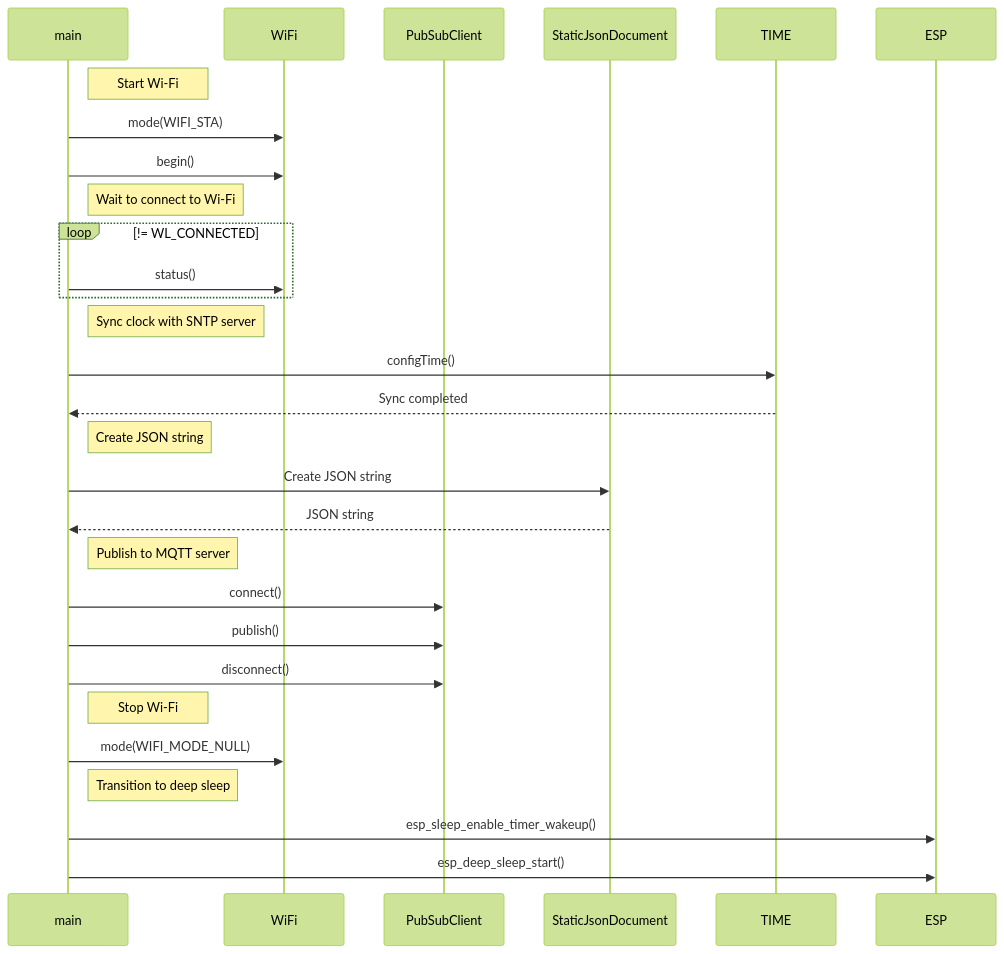
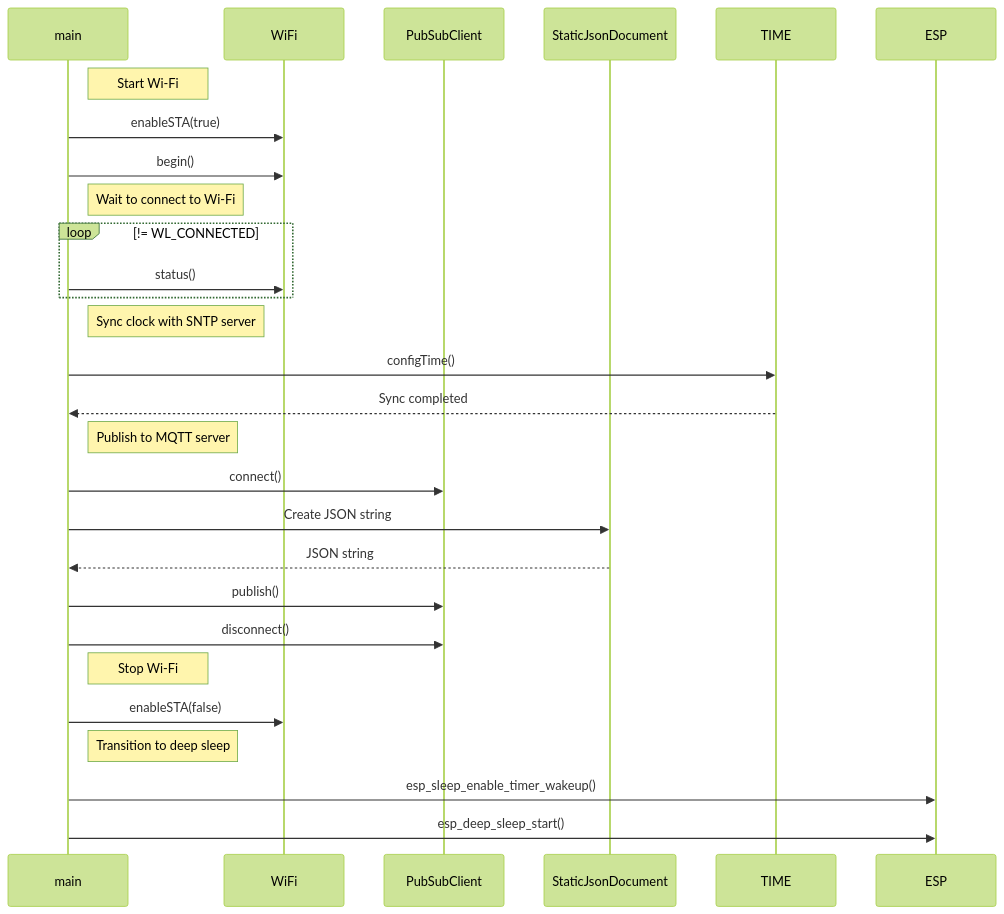
One commit to SeeedJP/xiaoesp32c3_examples changed the second of 2 diagrams in src/WiFi/MqttsPubClientLP/README.md. Above: the diagram before and after it, drawn with Mermaid (forest theme). The commit also changed 1 other file, not shown here.

Commit message:
Backport

````diff
--- a/src/WiFi/MqttsPubClientLP/README.md
+++ b/src/WiFi/MqttsPubClientLP/README.md
@@ -42,39 +42,37 @@
 ```mermaid
 
 sequenceDiagram
     participant main
     participant WiFi
     participant PubSubClient
     participant StaticJsonDocument
     participant TIME
     participant ESP
 
     note right of main: Start Wi-Fi
-    main->>WiFi: mode(WIFI_STA)
+    main->>WiFi: enableSTA(true)
     main->>WiFi: begin()
 
     note right of main: Wait to connect to Wi-Fi
     loop != WL_CONNECTED
         main->>WiFi: status()
     end
 
     note right of main: Sync clock with SNTP server
     main->>TIME: configTime()
     TIME-->>main: Sync completed
 
-    note right of main: Create JSON string
+    note right of main: Publish to MQTT server
+    main->>PubSubClient: connect()
     main->>StaticJsonDocument: Create JSON string
     StaticJsonDocument-->>main: JSON string
-
-    note right of main: Publish to MQTT server
-    main->>PubSubClient: connect()
     main->>PubSubClient: publish()
     main->>PubSubClient: disconnect()
 
     note right of main: Stop Wi-Fi
-    main->>WiFi: mode(WIFI_MODE_NULL)
+    main->>WiFi: enableSTA(false)
 
     note right of main: Transition to deep sleep
     main->>ESP: esp_sleep_enable_timer_wakeup()
     main->>ESP: esp_deep_sleep_start()
 ```
````
